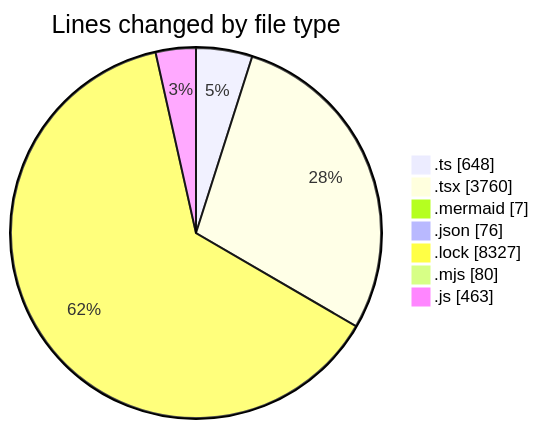
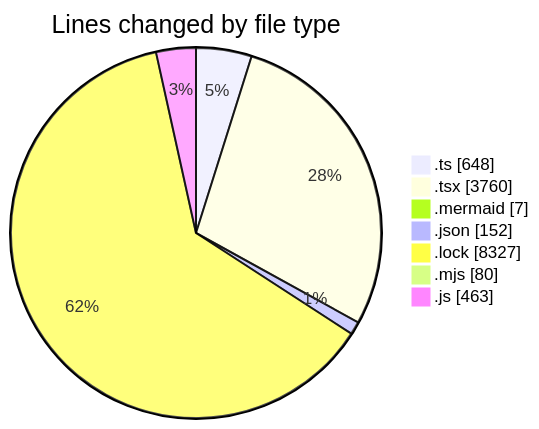
One commit to momahboobian/code-tracking changed the first of 2 diagrams in 2026-09-08/cda/README.md. Above: the diagram before and after it, drawn with Mermaid. The commit also changed other lines of this file and 1 other file, not shown here.

````diff
--- a/2026-09-08/cda/README.md
+++ b/2026-09-08/cda/README.md
@@ -49,11 +49,11 @@
 ```mermaid
 pie showData
 title Lines changed by file type
 ".ts" : 648
 ".tsx" : 3760
 ".mermaid" : 7
-".json" : 76
+".json" : 152
 ".lock" : 8327
 ".mjs" : 80
 ".js" : 463
 ```
````
